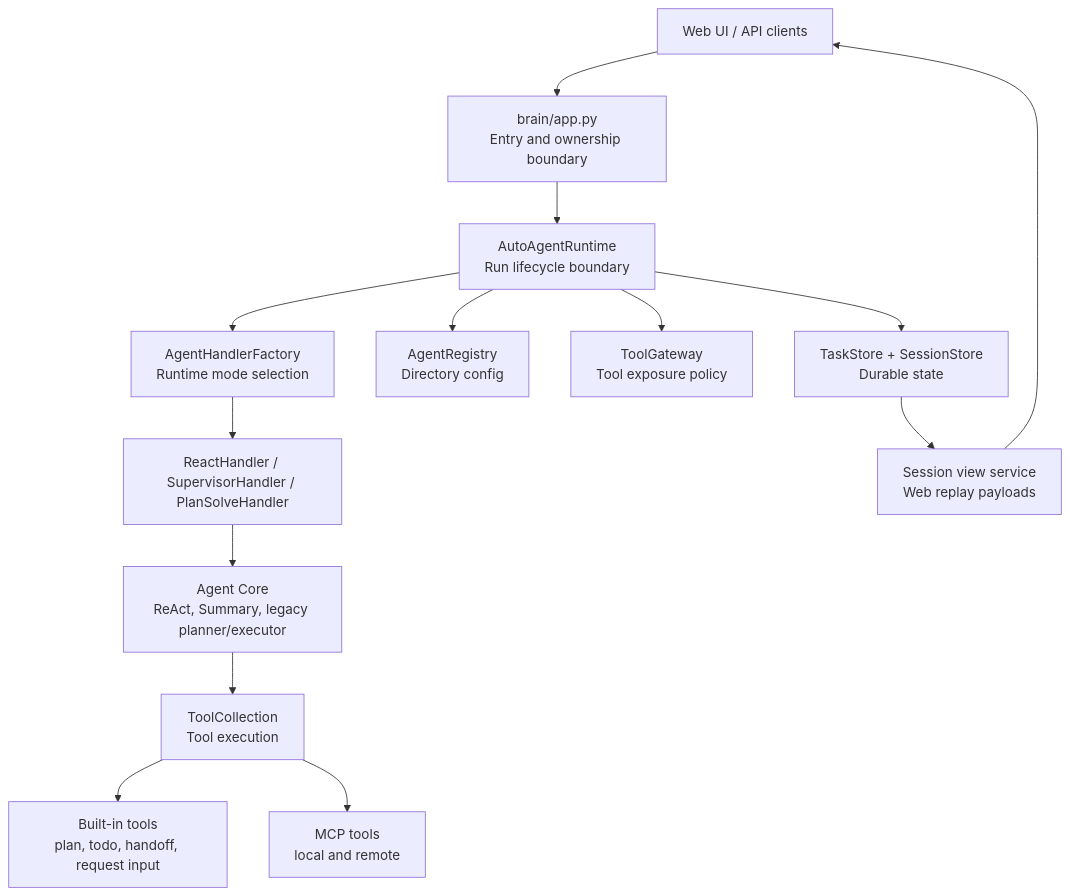
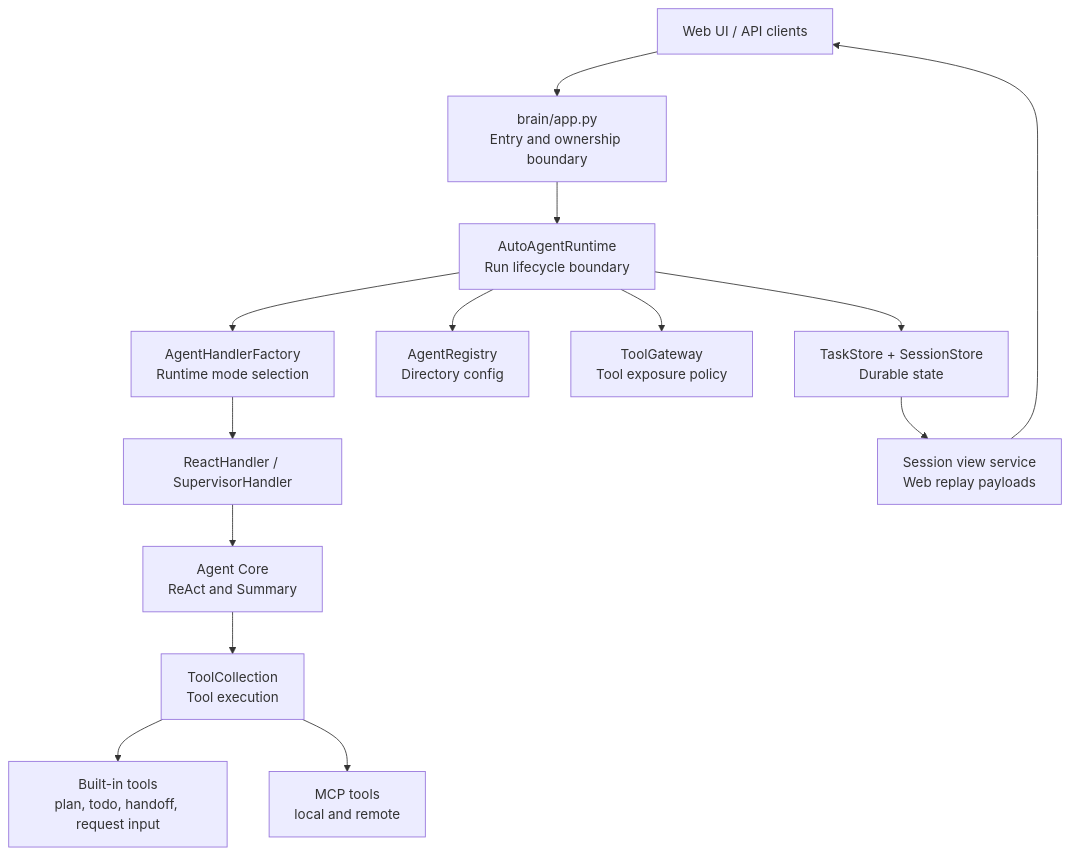
Before and after one commit to youkuxiaobin/task-pilot-agent: the first of 2 diagrams in docs/agent-runtime-architecture.md, drawn with Mermaid. The commit also changed other lines of this file and 30 other files, not shown here.

Commit message:
Remove legacy plan solve flow

````diff
--- a/docs/agent-runtime-architecture.md
+++ b/docs/agent-runtime-architecture.md
@@ -17,16 +17,16 @@
 ```mermaid
 flowchart TD
   UI["Web UI / API clients"] --> Entry["brain/app.py\nEntry and ownership boundary"]
   Entry --> Runtime["AutoAgentRuntime\nRun lifecycle boundary"]
   Runtime --> Stores["TaskStore + SessionStore\nDurable state"]
   Runtime --> Registry["AgentRegistry\nDirectory config"]
   Runtime --> Gateway["ToolGateway\nTool exposure policy"]
   Runtime --> Handler["AgentHandlerFactory\nRuntime mode selection"]
-  Handler --> React["ReactHandler / SupervisorHandler / PlanSolveHandler"]
-  React --> Agent["Agent Core\nReAct, Summary, legacy planner/executor"]
+  Handler --> React["ReactHandler / SupervisorHandler"]
+  React --> Agent["Agent Core\nReAct and Summary"]
   Agent --> Tools["ToolCollection\nTool execution"]
   Tools --> Builtins["Built-in tools\nplan, todo, handoff, request input"]
   Tools --> MCP["MCP tools\nlocal and remote"]
   Stores --> Replay["Session view service\nWeb replay payloads"]
   Replay --> UI
 ```
````
